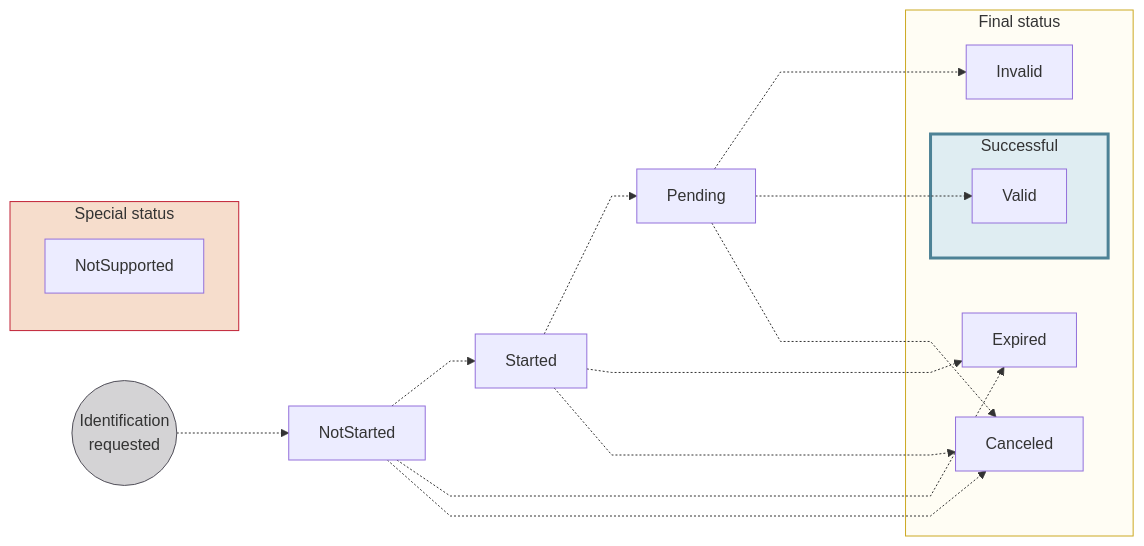
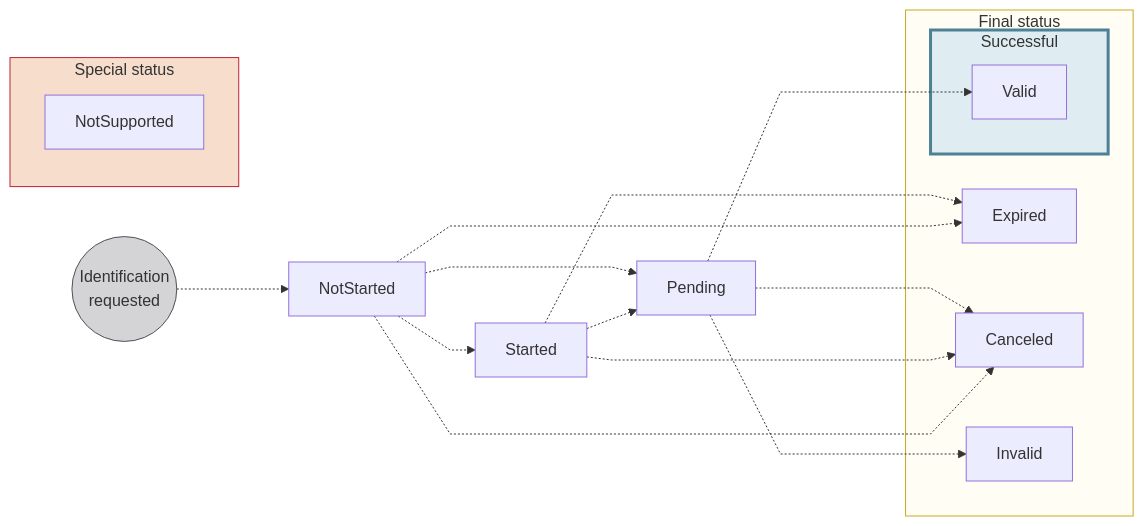
The diagram in docs/topics/users/identifications/index.mdx (swan-io/docs), drawn with Mermaid before and after one commit. The commit also changed other lines of this file, not shown here.

````diff
--- a/docs/topics/users/identifications/index.mdx
+++ b/docs/topics/users/identifications/index.mdx
@@ -106,31 +106,32 @@
 ```mermaid
 %%{ init: { 'flowchart': { 'curve': 'linear' } } }%%
 flowchart LR
     IS((Identification<br/>requested)) -.-> NS[NotStarted]
     NS -.-> S[Started]
     NS -.-> E[Expired]
     NS -.-> C[Canceled]
     S -.-> P[Pending]
+    NS -.-> P
     S -.-> E
     S -.-> C
     P -.-> I[Invalid]
     P -...-> V[Valid]
     P -.-> C
     NSU[NotSupported]
     subgraph SU[Successful]
         V
     end
     subgraph F[Final status]
         I
         SU
         C
         E
     end
     subgraph SS[Special status]
         NSU
     end
     style IS fill:#D4D3D5,stroke:#514F59
     style F fill:#fffdf4,stroke:#cca922
     style SU fill:#dfedf2,stroke:#4d8296,stroke-width:3px
     style SS fill:#f6ddcc,stroke:#c12236
 ```
````
